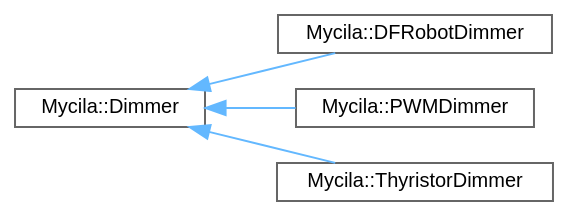
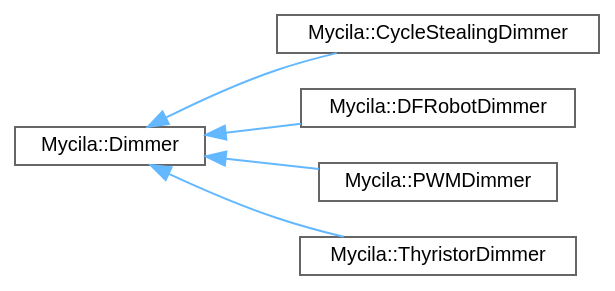
The diagram in docs/api/inherit_graph_2.dot (mathieucarbou/MycilaDimmer), drawn with Graphviz before and after one commit. The commit also changed 50 other files, not shown here.

Commit message:
Cycle Stealing Dimmer

```diff
--- a/docs/api/inherit_graph_2.dot
+++ b/docs/api/inherit_graph_2.dot
@@ -1,15 +1,17 @@
 digraph "Graphical Class Hierarchy"
 {
  // LATEX_PDF_SIZE
   bgcolor="transparent";
   edge [fontname=Helvetica,fontsize=10,labelfontname=Helvetica,labelfontsize=10];
   node [fontname=Helvetica,fontsize=10,shape=box,height=0.2,width=0.4];
   rankdir="LR";
   Node0 [id="Node000000",label="Mycila::Dimmer",height=0.2,width=0.4,color="grey40", fillcolor="white", style="filled",URL="$class_mycila_1_1_dimmer.html",tooltip=" "];
   Node0 -> Node1 [id="edge1_Node000000_Node000001",dir="back",color="steelblue1",style="solid",tooltip=" "];
-  Node1 [id="Node000001",label="Mycila::DFRobotDimmer",height=0.2,width=0.4,color="grey40", fillcolor="white", style="filled",URL="$class_mycila_1_1_d_f_robot_dimmer.html",tooltip="DFRobot DFR1071/DFR1073/DFR0971 I2C controlled 0-10V/0-5V dimmer implementation for voltage regulator..."];
+  Node1 [id="Node000001",label="Mycila::CycleStealingDimmer",height=0.2,width=0.4,color="grey40", fillcolor="white", style="filled",URL="$class_mycila_1_1_cycle_stealing_dimmer.html",tooltip=" "];
   Node0 -> Node2 [id="edge2_Node000000_Node000002",dir="back",color="steelblue1",style="solid",tooltip=" "];
-  Node2 [id="Node000002",label="Mycila::PWMDimmer",height=0.2,width=0.4,color="grey40", fillcolor="white", style="filled",URL="$class_mycila_1_1_p_w_m_dimmer.html",tooltip="PWM based dimmer implementation for voltage regulators controlled by a PWM signal to 0-10V analog con..."];
+  Node2 [id="Node000002",label="Mycila::DFRobotDimmer",height=0.2,width=0.4,color="grey40", fillcolor="white", style="filled",URL="$class_mycila_1_1_d_f_robot_dimmer.html",tooltip="DFRobot DFR1071/DFR1073/DFR0971 I2C controlled 0-10V/0-5V dimmer implementation for voltage regulator..."];
   Node0 -> Node3 [id="edge3_Node000000_Node000003",dir="back",color="steelblue1",style="solid",tooltip=" "];
-  Node3 [id="Node000003",label="Mycila::ThyristorDimmer",height=0.2,width=0.4,color="grey40", fillcolor="white", style="filled",URL="$class_mycila_1_1_thyristor_dimmer.html",tooltip="Thyristor (TRIAC) based dimmer implementation for TRIAC and Random SSR dimmers."];
+  Node3 [id="Node000003",label="Mycila::PWMDimmer",height=0.2,width=0.4,color="grey40", fillcolor="white", style="filled",URL="$class_mycila_1_1_p_w_m_dimmer.html",tooltip="PWM based dimmer implementation for voltage regulators controlled by a PWM signal to 0-10V analog con..."];
+  Node0 -> Node4 [id="edge4_Node000000_Node000004",dir="back",color="steelblue1",style="solid",tooltip=" "];
+  Node4 [id="Node000004",label="Mycila::ThyristorDimmer",height=0.2,width=0.4,color="grey40", fillcolor="white", style="filled",URL="$class_mycila_1_1_thyristor_dimmer.html",tooltip="Thyristor (TRIAC) based dimmer implementation for TRIAC and Random SSR dimmers."];
 }
```
